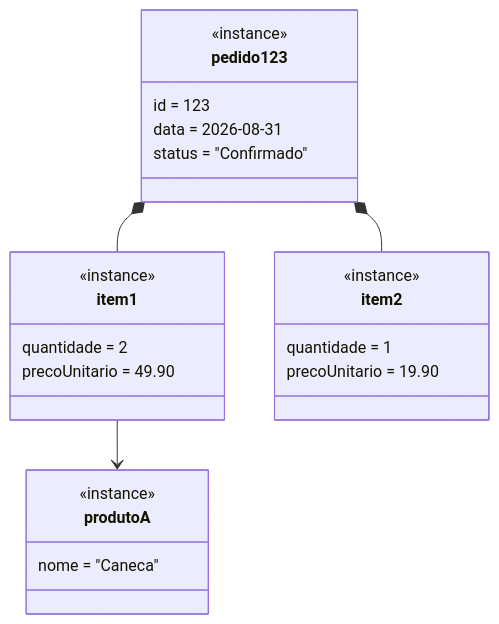
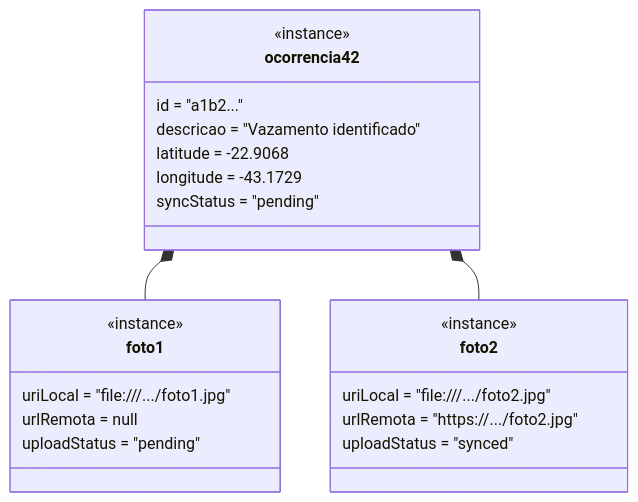
The fifth of 10 diagrams in agent_tools/SKILL.md (JpCobraC/SindiFlow), drawn with Mermaid before and after one commit. The commit also changed other lines of this file and 1 other file, not shown here.

````diff
--- a/agent_tools/SKILL.md
+++ b/agent_tools/SKILL.md
@@ -184,27 +254,26 @@
 ```mermaid
 classDiagram
-    class pedido123 {
+    class ocorrencia42 {
         <<instance>>
-        id = 123
-        data = 2026-08-31
-        status = "Confirmado"
+        id = "a1b2..."
+        descricao = "Vazamento identificado"
+        latitude = -22.9068
+        longitude = -43.1729
+        syncStatus = "pending"
     }
-    class item1 {
+    class foto1 {
         <<instance>>
-        quantidade = 2
-        precoUnitario = 49.90
+        uriLocal = "file:///.../foto1.jpg"
+        urlRemota = null
+        uploadStatus = "pending"
     }
-    class item2 {
+    class foto2 {
         <<instance>>
-        quantidade = 1
-        precoUnitario = 19.90
-    }
-    class produtoA {
-        <<instance>>
-        nome = "Caneca"
+        uriLocal = "file:///.../foto2.jpg"
+        urlRemota = "https://.../foto2.jpg"
+        uploadStatus = "synced"
     }
 
-    pedido123 *-- item1
-    pedido123 *-- item2
-    item1 --> produtoA
+    ocorrencia42 *-- foto1
+    ocorrencia42 *-- foto2
 ```
````
